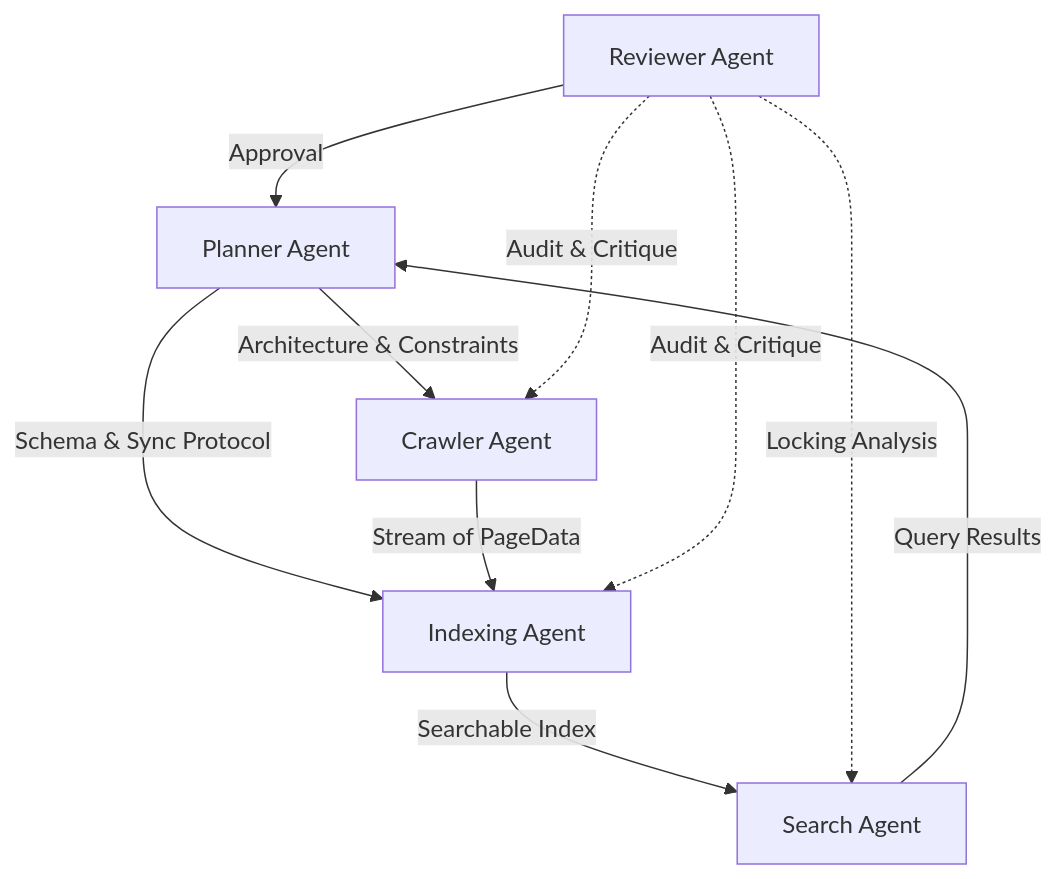
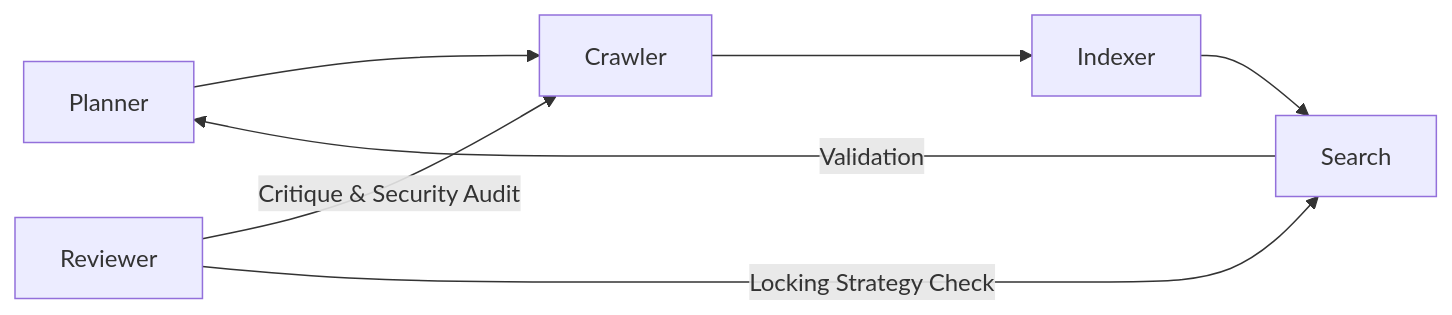
One commit to karabas2/crawler changed the diagram in multi_agent_workflow.md. Above: the diagram before and after it, drawn with Mermaid. The commit also changed other lines of this file and 36 other files, not shown here.

Commit message:
Complete Multi-Agent Rewrite: Professional Architecture & Agentic Design Documentation

````diff
--- a/multi_agent_workflow.md
+++ b/multi_agent_workflow.md
@@ -7,12 +7,9 @@
 ```mermaid
-graph TD
-    P[Planner Agent] -->|Architecture & Constraints| C[Crawler Agent]
-    P -->|Schema & Sync Protocol| I[Indexing Agent]
-    C -->|Stream of PageData| I
-    I -->|Searchable Index| S[Search Agent]
-    S -->|Query Results| P
-    R[Reviewer Agent] -.->|Audit & Critique| C
-    R -.->|Audit & Critique| I
-    R -.->|Locking Analysis| S
-    R -->|Approval| P
+graph LR
+    P[Planner] --> C[Crawler]
+    C --> I[Indexer]
+    I --> S[Search]
+    R[Reviewer] -- Critique & Security Audit --> C
+    R -- Locking Strategy Check --> S
+    S -- Validation --> P
 ```
````
